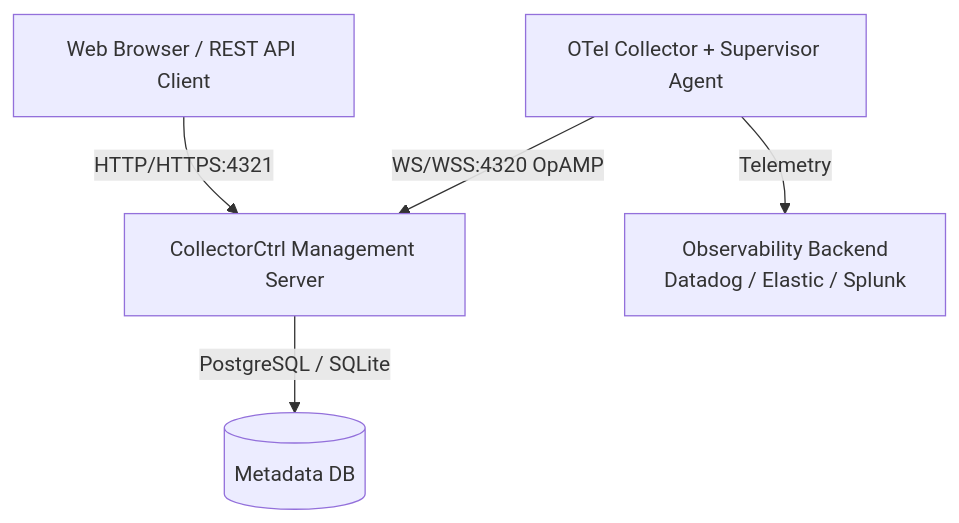
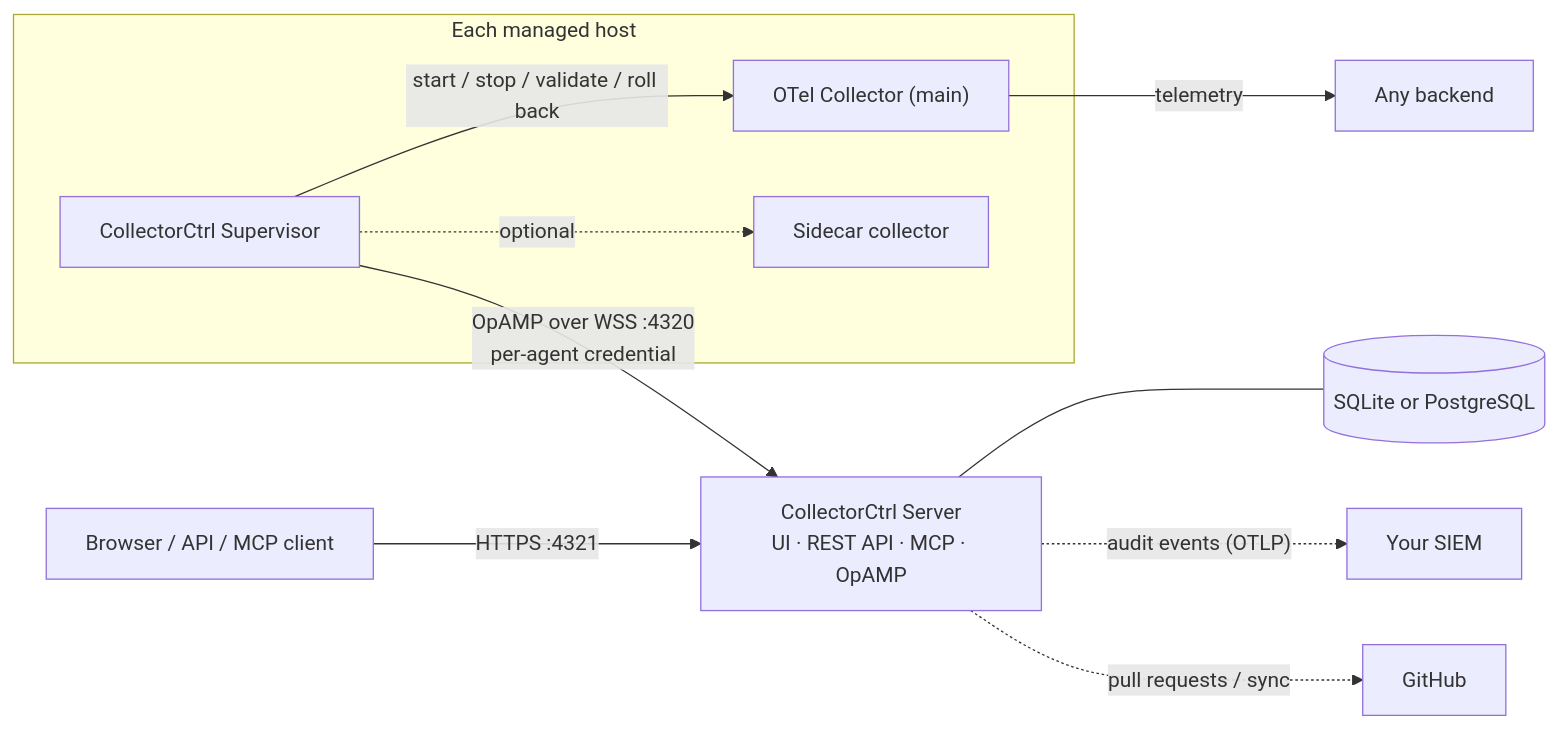
One commit to CollectorCtrl/CollectorCtrl changed the diagram in README.md. Above: the diagram before and after it, drawn with Mermaid. The commit also changed other lines of this file and 18 other files, not shown here.

````diff
--- a/README.md
+++ b/README.md
@@ -34,7 +83,13 @@
 ```mermaid
-graph TD
-    A[OTel Collector + Supervisor Agent] -- WS/WSS:4320 OpAMP --> B[CollectorCtrl Management Server]
-    C[Web Browser / REST API Client] -- HTTP/HTTPS:4321 --> B
-    B -- PostgreSQL / SQLite --> E[(Metadata DB)]
-    A -- Telemetry --> F[Observability Backend<br/>Datadog / Elastic / Splunk]
+flowchart LR
+    subgraph Hosts["Each managed host"]
+        S["CollectorCtrl Supervisor"] -->|"start / stop / validate / roll back"| C["OTel Collector (main)"]
+        S -.->|optional| SC["Sidecar collector"]
+    end
+    S -- "OpAMP over WSS :4320<br/>per-agent credential" --> CP["CollectorCtrl Server<br/>UI · REST API · MCP · OpAMP"]
+    U["Browser / API / MCP client"] -- "HTTPS :4321" --> CP
+    CP --- DB[("SQLite or PostgreSQL")]
+    CP -. "audit events (OTLP)" .-> SIEM["Your SIEM"]
+    CP -. "pull requests / sync" .-> GH["GitHub"]
+    C -- "telemetry" --> B["Any backend"]
 ```
````
